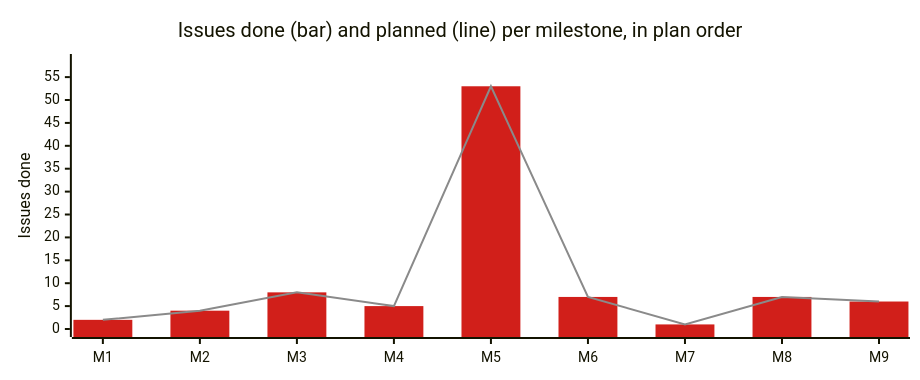
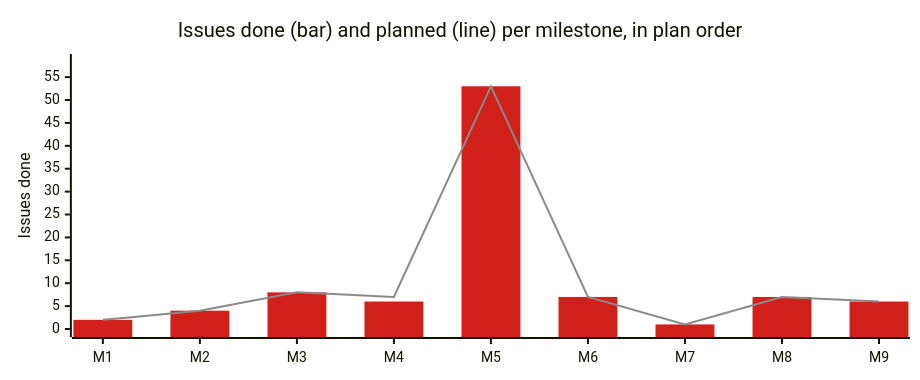
Diagram 11 of 11 in README.md (korczis/OpenTTD), drawn with Mermaid before and after one commit. The commit also changed other lines of this file and 53 other files, not shown here.

````diff
--- a/README.md
+++ b/README.md
@@ -1510,19 +1511,19 @@
 ```mermaid
 ---
 config:
   xyChart:
     width: 900
     height: 360
   themeVariables:
     xyChart:
       plotColorPalette: "#d11f1a, #8a8a8a, #0b0b0b, #ece4d6"
 ---
 xychart-beta
     title "Issues done (bar) and planned (line) per milestone, in plan order"
     x-axis ["M1", "M2", "M3", "M4", "M5", "M6", "M7", "M8", "M9"]
     %% series: Issues done | Issues planned
     %% links: .ai/repo/project/milestones/the-fork-is-a-governed-research-target.yaml | .ai/repo/project/milestones/a-change-is-validated-in-cost-tiers.yaml | .ai/repo/project/milestones/internals-are-observable-with-recorded-provenance.yaml | .ai/repo/project/milestones/prismatic-steers-a-company-through-the-bridge.yaml | .ai/repo/project/milestones/an-agent-reaches-the-game-over-mcp.yaml | .ai/repo/project/milestones/the-fork-is-published-supervised-and-current.yaml | .ai/repo/project/milestones/the-game-wears-the-owners-noir-style.yaml | .ai/repo/project/milestones/planning-is-generated-from-recorded-history.yaml | .ai/repo/project/milestones/rhai-is-a-live-ide.yaml
     y-axis "Issues done" 0 --> 58.3
-    bar [2, 4, 8, 5, 53, 7, 1, 7, 6]
-    line [2, 4, 8, 5, 53, 7, 1, 7, 6]
+    bar [2, 4, 8, 6, 53, 7, 1, 7, 6]
+    line [2, 4, 8, 7, 53, 7, 1, 7, 6]
 ```
````
